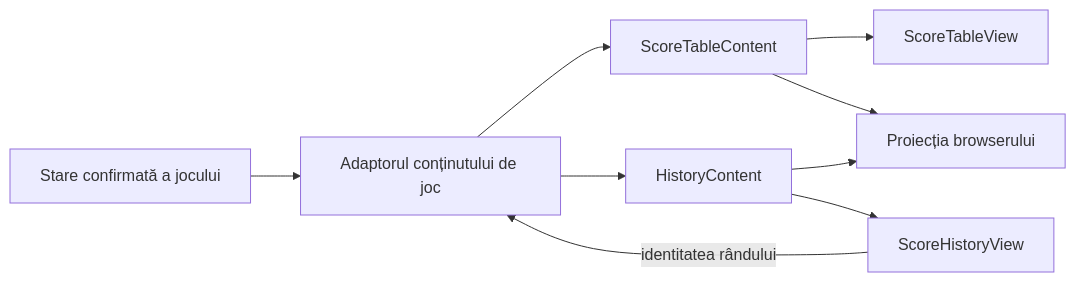
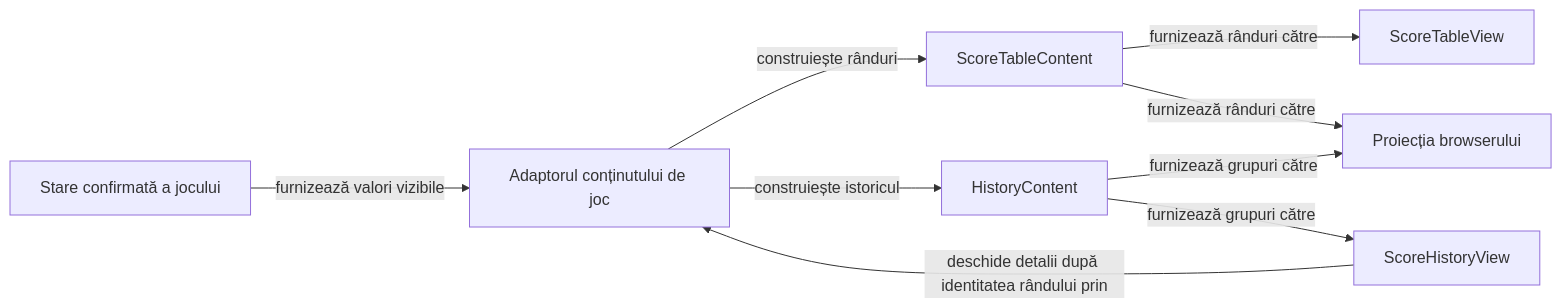
Before and after one commit to crististefanita/atf_j4: the diagram in whist-lab-app/atf-card-table-ui/src/main/java/ro/cardtable/ui/score/README.md, drawn with Mermaid. The commit also changed other lines of this file and 8 other files, not shown here.

````diff
--- a/whist-lab-app/atf-card-table-ui/src/main/java/ro/cardtable/ui/score/README.md
+++ b/whist-lab-app/atf-card-table-ui/src/main/java/ro/cardtable/ui/score/README.md
@@ -7,11 +7,11 @@
 ```mermaid
 flowchart LR
-    GAME[Stare confirmată a jocului] --> ADAPTER[Adaptorul conținutului de joc]
-    ADAPTER --> TABLE[ScoreTableContent]
-    ADAPTER --> HISTORY[HistoryContent]
-    TABLE --> ANDROID[ScoreTableView]
-    HISTORY --> SCROLL[ScoreHistoryView]
-    TABLE --> WEB[Proiecția browserului]
-    HISTORY --> WEB
-    SCROLL -->|identitatea rândului| ADAPTER
+    GAME[Stare confirmată a jocului] -->|furnizează valori vizibile| ADAPTER[Adaptorul conținutului de joc]
+    ADAPTER -->|construiește rânduri| TABLE[ScoreTableContent]
+    ADAPTER -->|construiește istoricul| HISTORY[HistoryContent]
+    TABLE -->|furnizează rânduri către| ANDROID[ScoreTableView]
+    HISTORY -->|furnizează grupuri către| SCROLL[ScoreHistoryView]
+    TABLE -->|furnizează rânduri către| WEB[Proiecția browserului]
+    HISTORY -->|furnizează grupuri către| WEB
+    SCROLL -->|deschide detalii după identitatea rândului prin| ADAPTER
 ```
````
